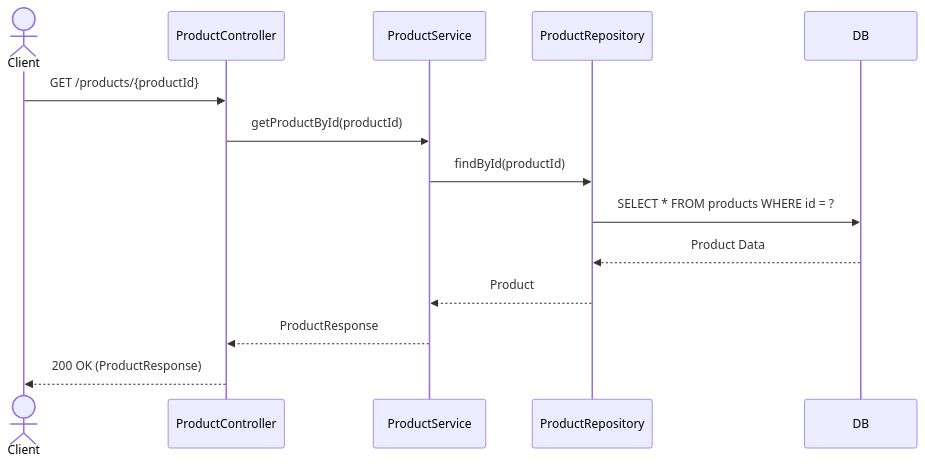
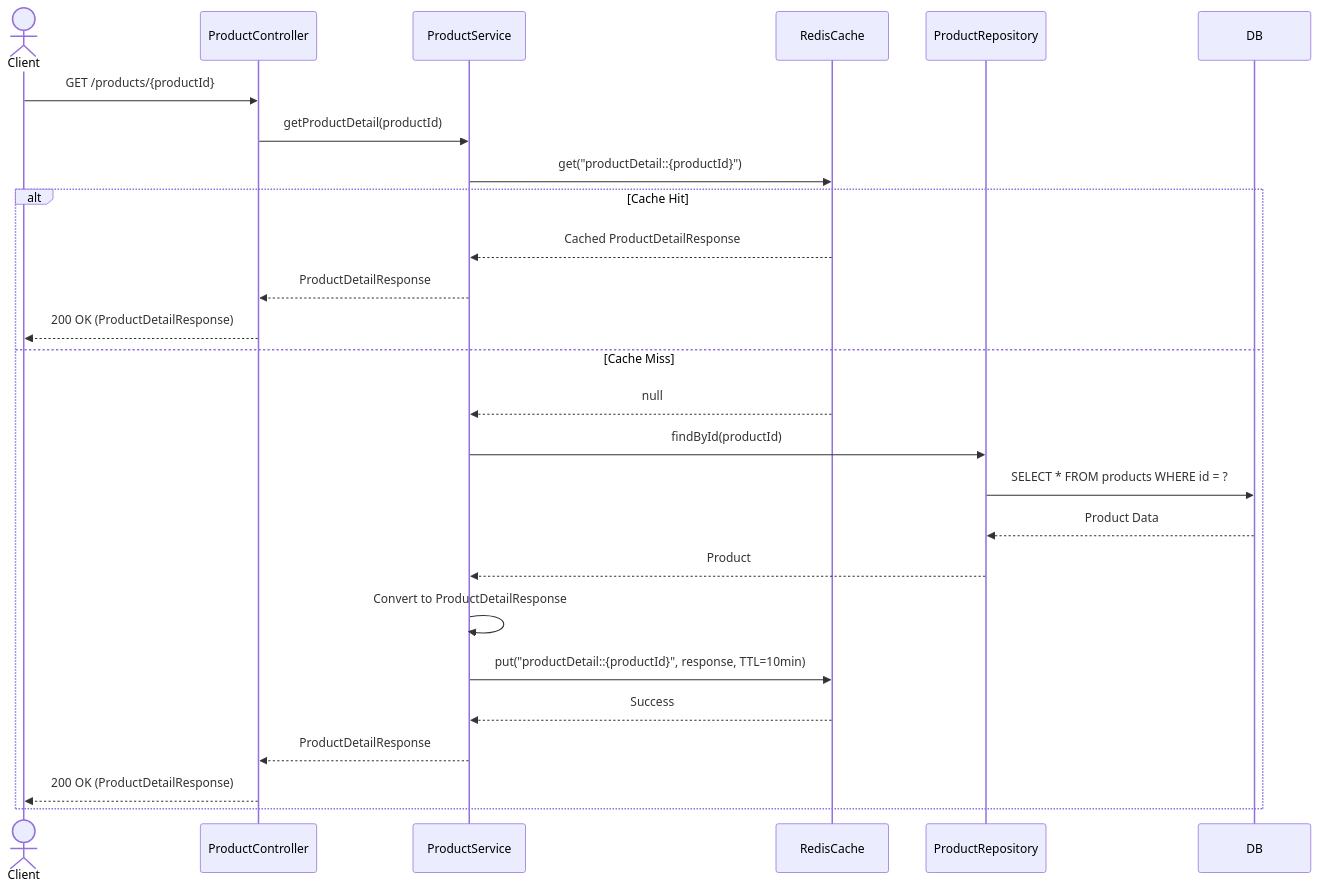
One commit to ji-0o0o0o0/hhplus_e-commerce changed the first of 10 diagrams in docs/sequenceDiagram.md. Above: the diagram before and after it, drawn with Mermaid. The commit also changed other lines of this file and 2 other files, not shown here.

````diff
--- a/docs/sequenceDiagram.md
+++ b/docs/sequenceDiagram.md
@@ -12,17 +12,30 @@
 ```mermaid
 sequenceDiagram
     actor Client
     participant ProductController
     participant ProductService
+    participant RedisCache
     participant ProductRepository
     participant DB
 
     Client->>ProductController: GET /products/{productId}
-    ProductController->>ProductService: getProductById(productId)
-    ProductService->>ProductRepository: findById(productId)
-    ProductRepository->>DB: SELECT * FROM products WHERE id = ?
-    DB-->>ProductRepository: Product Data
-    ProductRepository-->>ProductService: Product
-    ProductService-->>ProductController: ProductResponse
-    ProductController-->>Client: 200 OK (ProductResponse)
+    ProductController->>ProductService: getProductDetail(productId)
+
+    ProductService->>RedisCache: get("productDetail::{productId}")
+    alt Cache Hit
+        RedisCache-->>ProductService: Cached ProductDetailResponse
+        ProductService-->>ProductController: ProductDetailResponse
+        ProductController-->>Client: 200 OK (ProductDetailResponse)
+    else Cache Miss
+        RedisCache-->>ProductService: null
+        ProductService->>ProductRepository: findById(productId)
+        ProductRepository->>DB: SELECT * FROM products WHERE id = ?
+        DB-->>ProductRepository: Product Data
+        ProductRepository-->>ProductService: Product
+        ProductService->>ProductService: Convert to ProductDetailResponse
+        ProductService->>RedisCache: put("productDetail::{productId}", response, TTL=10min)
+        RedisCache-->>ProductService: Success
+        ProductService-->>ProductController: ProductDetailResponse
+        ProductController-->>Client: 200 OK (ProductDetailResponse)
+    end
 ```
````
